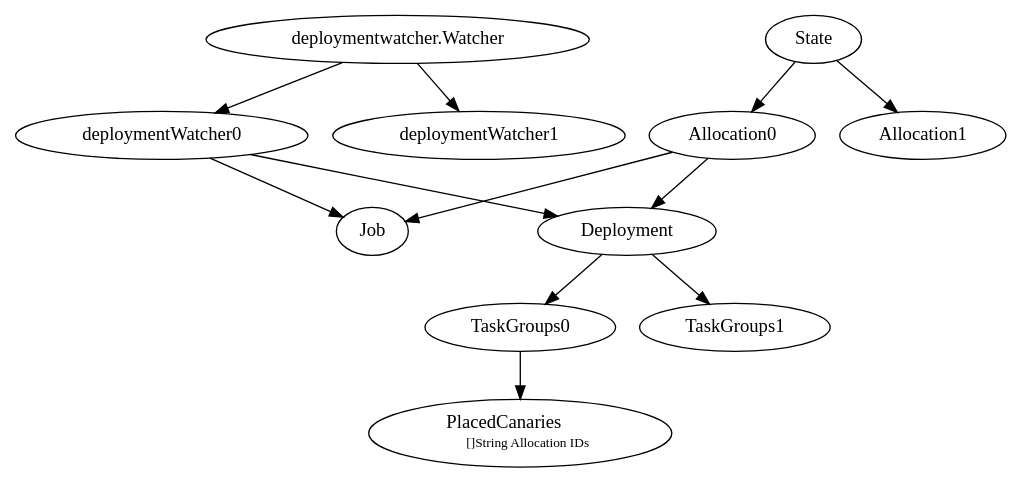
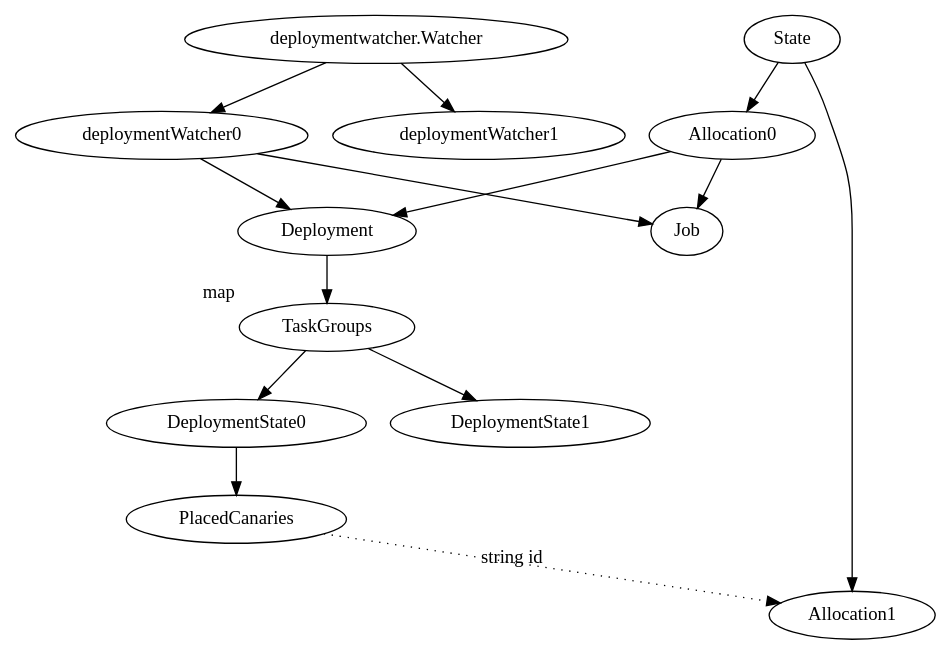
Before and after one commit to langmartin/nomad-tla: the diagram in watcher.dot, drawn with Graphviz.

Commit message:
watcher final

```diff
--- a/watcher.dot
+++ b/watcher.dot
@@ -1,29 +1,27 @@
 digraph {
 	subgraph {
 		"deploymentwatcher.Watcher" -> "deploymentWatcher0";
 		"deploymentwatcher.Watcher" -> "deploymentWatcher1";
 
 		"deploymentWatcher0" -> Job;
 		"deploymentWatcher0" -> Deployment;
 
-		Deployment -> TaskGroups0;
-		Deployment -> TaskGroups1;
+		Deployment -> TaskGroups
+		TaskGroups[xlabel="map"]
+		TaskGroups -> DeploymentState1;
+		TaskGroups -> DeploymentState0;
 
-		TaskGroups0 -> PlacedCanaries
-		PlacedCanaries[label=<PlacedCanaries<br/>
-			       <font point-size="10">[]String Allocation IDs</font>>]
-
-		// TaskGroups0 -> PlacedCanaries0;
-		// TaskGroups0 -> PlacedCanaries1;
-		// PlacedCanaries[xlabel="string allocation ids"]
-		// PlacedCanaries0 -> Allocation0[style=dotted,weight=0]
+		DeploymentState0 -> PlacedCanaries
+		// PlacedCanaries[label=<PlacedCanaries<br/><font point-size="10">[]String Allocation IDs</font>>]
+		// PlacedCanaries[xlabel="[]String (Allocation.ID)"]
+		PlacedCanaries -> Allocation1[style=dotted,weight=0,xlabel="string id"]
 	}
 
 	subgraph {
 		State -> Allocation0;
 		State -> Allocation1;
 		Allocation0 -> Job;
 		Allocation0 -> Deployment;
 	}
 
 }
```
